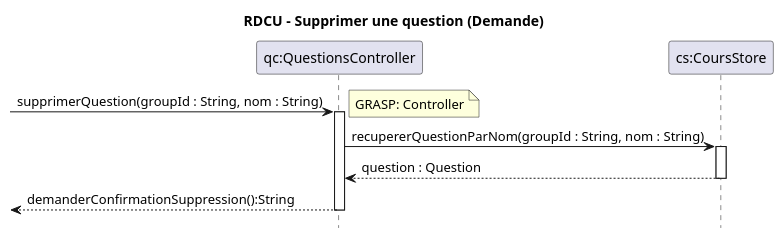
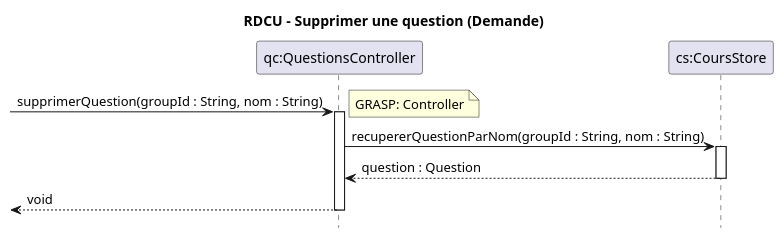
Before and after one commit to xMrYahya/moodle-clone: the diagram in docs/modeles/cu02/rdcu-supprimer-question.puml, drawn with PlantUML. The commit also changed 19 other files, not shown here.

```diff
--- a/docs/modeles/cu02/rdcu-supprimer-question.puml
+++ b/docs/modeles/cu02/rdcu-supprimer-question.puml
@@ -1,21 +1,21 @@
 @startuml
 hide footbox
 title RDCU – Supprimer une question (Demande)
 
 participant "qc:QuestionsController" as QC
 participant "cs:CoursStore" as CS
 
 -> QC : supprimerQuestion(groupId : String, nom : String)
 note right: GRASP: Controller
 activate QC
 
 QC -> CS : recupererQuestionParNom(groupId : String, nom : String)
 activate CS
 CS --> QC : question : Question
 deactivate CS
 
-<-- QC : demanderConfirmationSuppression():String
+<-- QC : void
 
 deactivate QC
 
 @enduml
```
